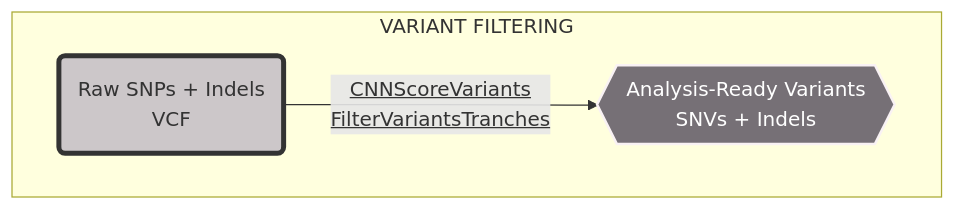
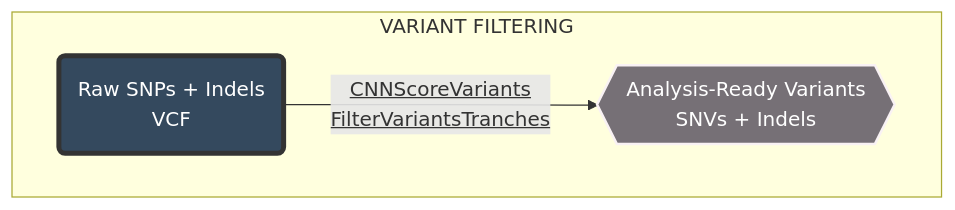
Before and after one commit to ducminhnguyenle/NGS3_Variant_Discovery: the second of 3 diagrams in variant_calling_filtering/variant_calling_filtering.md, drawn with Mermaid. The commit also changed other lines of this file and 1 other file, not shown here.

Commit message:
Minor change

````diff
--- a/variant_calling_filtering/variant_calling_filtering.md
+++ b/variant_calling_filtering/variant_calling_filtering.md
@@ -71,8 +71,8 @@
 ```mermaid
 flowchart TD
     subgraph "VARIANT FILTERING"
     A("Raw SNPs + Indels"<br>VCF)--"<u>CNNScoreVariants<br>FilterVariantsTranches</u>"--> B{{"Analysis-Ready Variants<br>SNVs + Indels"}}
-    style A fill:#CCC7C9,stroke:#333,stroke-width:4px
+    style A fill: #34495e ,stroke:#333,stroke-width:4px,color:#fff
     style B fill:#767076,stroke:#F9F2F4,stroke-width:2px,color:#fff
     end
 ```
````
